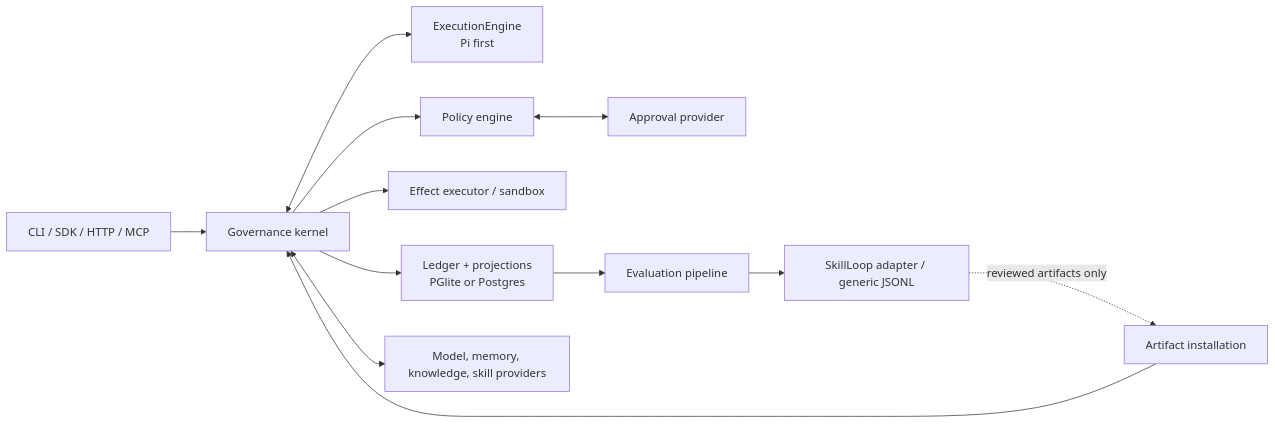
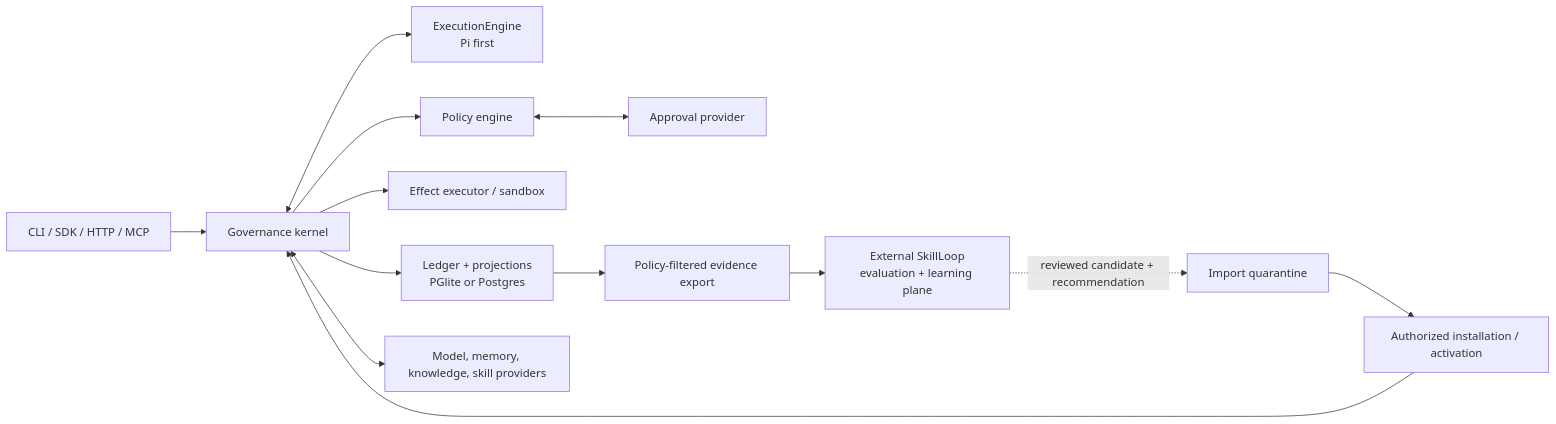
One commit to lamenting-hawthorn/governed-agent-harness changed the first of 4 diagrams in docs/ARCHITECTURE.md. Above: the diagram before and after it, drawn with Mermaid. The commit also changed other lines of this file and 4 other files, not shown here.

Commit message:
docs: restore runtime and learning plane boundary

````diff
--- a/docs/ARCHITECTURE.md
+++ b/docs/ARCHITECTURE.md
@@ -37,14 +37,15 @@
 ```mermaid
 flowchart LR
   Client["CLI / SDK / HTTP / MCP"] --> Kernel["Governance kernel"]
   Kernel <--> Engine["ExecutionEngine\nPi first"]
   Kernel --> Policy["Policy engine"]
   Policy <--> Approval["Approval provider"]
   Kernel --> Sandbox["Effect executor / sandbox"]
   Kernel --> Store["Ledger + projections\nPGlite or Postgres"]
   Kernel <--> Providers["Model, memory, knowledge, skill providers"]
-  Store --> Eval["Evaluation pipeline"]
-  Eval --> Export["SkillLoop adapter / generic JSONL"]
-  Export -. "reviewed artifacts only" .-> Install["Artifact installation"]
+  Store --> Export["Policy-filtered evidence export"]
+  Export --> SkillLoop["External SkillLoop\nevaluation + learning plane"]
+  SkillLoop -. "reviewed candidate + recommendation" .-> Quarantine["Import quarantine"]
+  Quarantine --> Install["Authorized installation / activation"]
   Install --> Kernel
 ```
````
